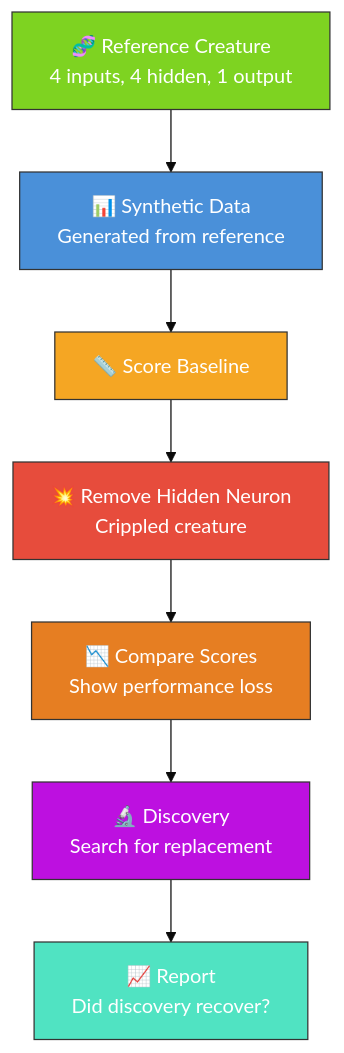
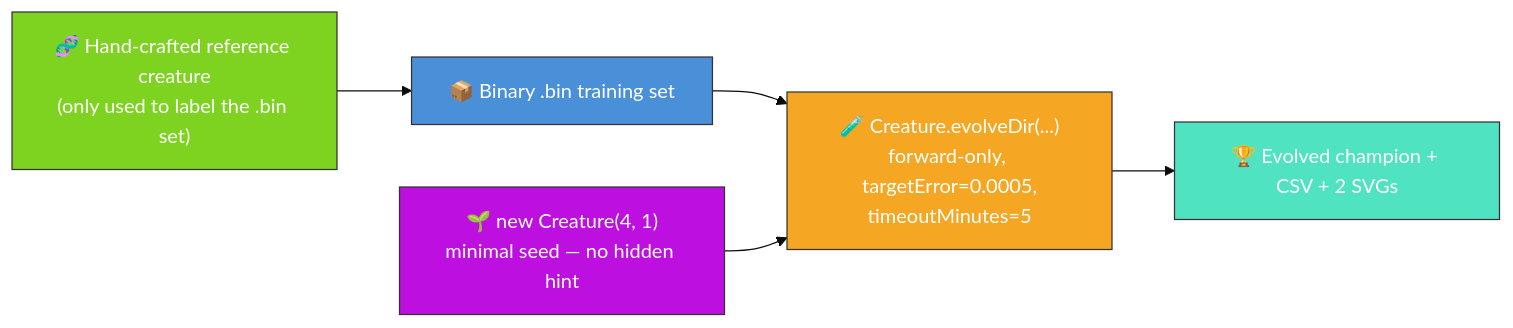
One commit to stSoftwareAU/NEAT-AI-Examples changed the diagram in discovery/README.md. Above: the diagram before and after it, drawn with Mermaid (base theme). The commit also changed other lines of this file and 9 other files, not shown here.

````diff
--- a/discovery/README.md
+++ b/discovery/README.md
@@ -59,25 +8,17 @@
 ```mermaid
-flowchart TD
-    REF["🧬 Reference Creature<br/>4 inputs, 4 hidden, 1 output"]
-    DATA["📊 Synthetic Data<br/>Generated from reference"]
-    SCORE["📏 Score Baseline"]
-    CRIP["💥 Remove Hidden Neuron<br/>Crippled creature"]
-    LOSS["📉 Compare Scores<br/>Show performance loss"]
-    DISC["🔬 Discovery<br/>Search for replacement"]
-    REPORT["📈 Report<br/>Did discovery recover?"]
-
+flowchart LR
+    REF["🧬 Hand-crafted reference creature<br/>(only used to label the .bin set)"]
+    DATA["📦 Binary .bin training set"]
+    SEED["🌱 new Creature(4, 1)<br/>minimal seed — no hidden hint"]
+    EVOLVE["🧪 Creature.evolveDir(...)<br/>forward-only, targetError=0.0005,<br/>timeoutMinutes=5"]
+    OUT["🏆 Evolved champion + CSV + 2 SVGs"]
     REF --> DATA
-    DATA --> SCORE
-    SCORE --> CRIP
-    CRIP --> LOSS
-    LOSS --> DISC
-    DISC --> REPORT
-
+    DATA --> EVOLVE
+    SEED --> EVOLVE
+    EVOLVE --> OUT
     style REF fill:#7ed321,stroke:#333,color:#fff
     style DATA fill:#4a90d9,stroke:#333,color:#fff
-    style SCORE fill:#f5a623,stroke:#333,color:#fff
-    style CRIP fill:#e74c3c,stroke:#333,color:#fff
-    style LOSS fill:#e67e22,stroke:#333,color:#fff
-    style DISC fill:#bd10e0,stroke:#333,color:#fff
-    style REPORT fill:#50e3c2,stroke:#333,color:#fff
+    style SEED fill:#bd10e0,stroke:#333,color:#fff
+    style EVOLVE fill:#f5a623,stroke:#333,color:#fff
+    style OUT fill:#50e3c2,stroke:#333,color:#fff
 ```
````
